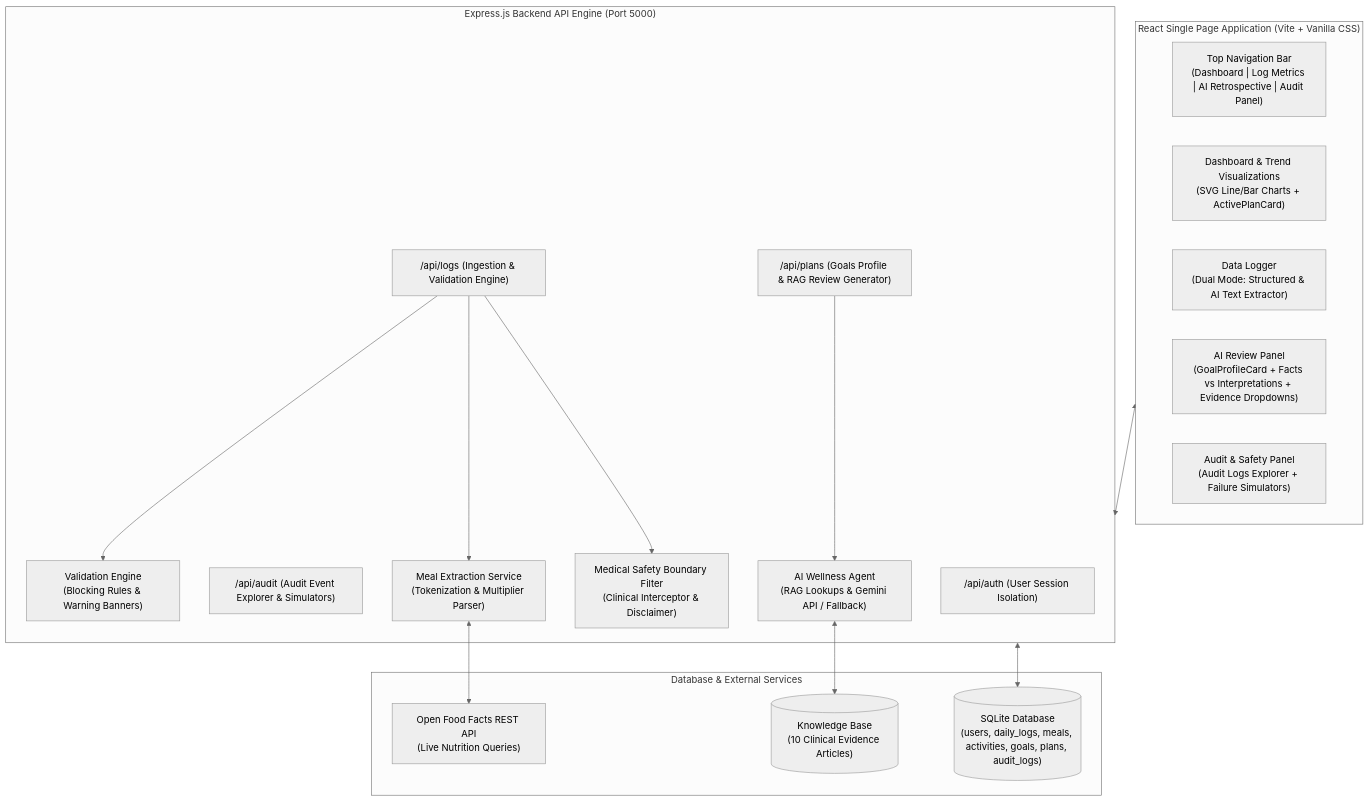
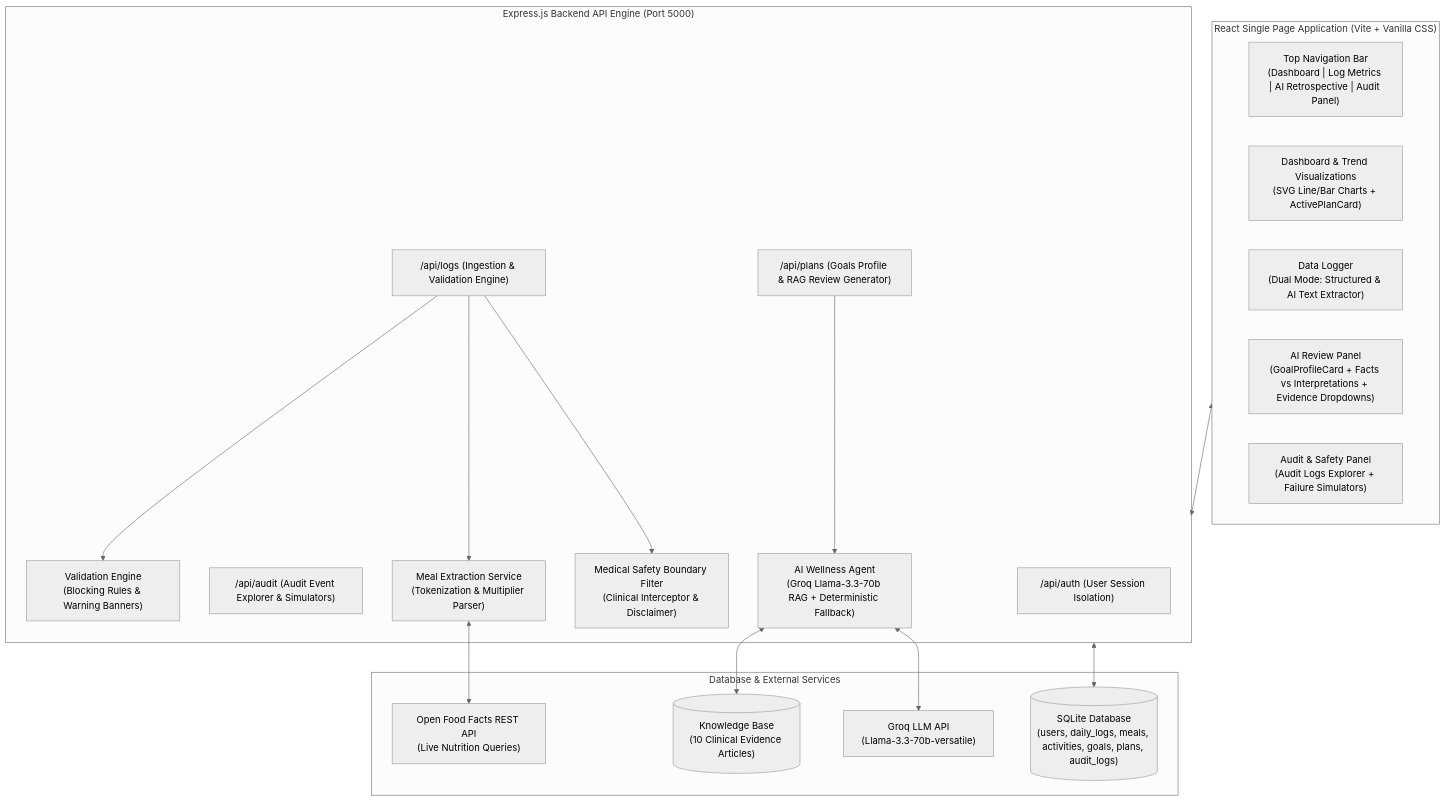
Before and after one commit to Jayasuryanarayana007/Longitudinal-Health-and-Nutrition-Review-Agent: the diagram in README.md, drawn with Mermaid (neutral theme). The commit also changed 4 other files, not shown here.

Commit message:
feat(rag): integrate Groq LLM API (llama-3.3-70b-versatile) into true RAG pipeline with JSON mode & deterministic fallback

````diff
--- a/README.md
+++ b/README.md
@@ -9,37 +9,39 @@
 ```mermaid
 flowchart TD
     subgraph Client ["React Single Page Application (Vite + Vanilla CSS)"]
         UI_Nav["Top Navigation Bar\n(Dashboard | Log Metrics | AI Retrospective | Audit Panel)"]
         Dash["Dashboard & Trend Visualizations\n(SVG Line/Bar Charts + ActivePlanCard)"]
         Logger["Data Logger\n(Dual Mode: Structured & AI Text Extractor)"]
         Review["AI Review Panel\n(GoalProfileCard + Facts vs Interpretations + Evidence Dropdowns)"]
         Audit["Audit & Safety Panel\n(Audit Logs Explorer + Failure Simulators)"]
     end
 
     subgraph Server ["Express.js Backend API Engine (Port 5000)"]
         AuthRoute["/api/auth (User Session Isolation)"]
         LogRoute["/api/logs (Ingestion & Validation Engine)"]
         PlanRoute["/api/plans (Goals Profile & RAG Review Generator)"]
         AuditRoute["/api/audit (Audit Event Explorer & Simulators)"]
         
         ValEngine["Validation Engine\n(Blocking Rules & Warning Banners)"]
-        RAGEngine["AI Wellness Agent\n(RAG Lookups & Gemini API / Fallback)"]
+        RAGEngine["AI Wellness Agent\n(Groq Llama-3.3-70b RAG + Deterministic Fallback)"]
         SafetyFilter["Medical Safety Boundary Filter\n(Clinical Interceptor & Disclaimer)"]
         MealExtractor["Meal Extraction Service\n(Tokenization & Multiplier Parser)"]
     end
 
     subgraph Data ["Database & External Services"]
         SQLite[("SQLite Database\n(users, daily_logs, meals, activities, goals, plans, audit_logs)")]
         KB[("Knowledge Base\n(10 Clinical Evidence Articles)")]
+        Groq_API["Groq LLM API\n(Llama-3.3-70b-versatile)"]
         OFF_API["Open Food Facts REST API\n(Live Nutrition Queries)"]
     end
 
     Client <--> Server
     LogRoute --> ValEngine
     LogRoute --> MealExtractor
     MealExtractor <--> OFF_API
     PlanRoute --> RAGEngine
     RAGEngine <--> KB
+    RAGEngine <--> Groq_API
     LogRoute --> SafetyFilter
     Server <--> SQLite
 ```
````
